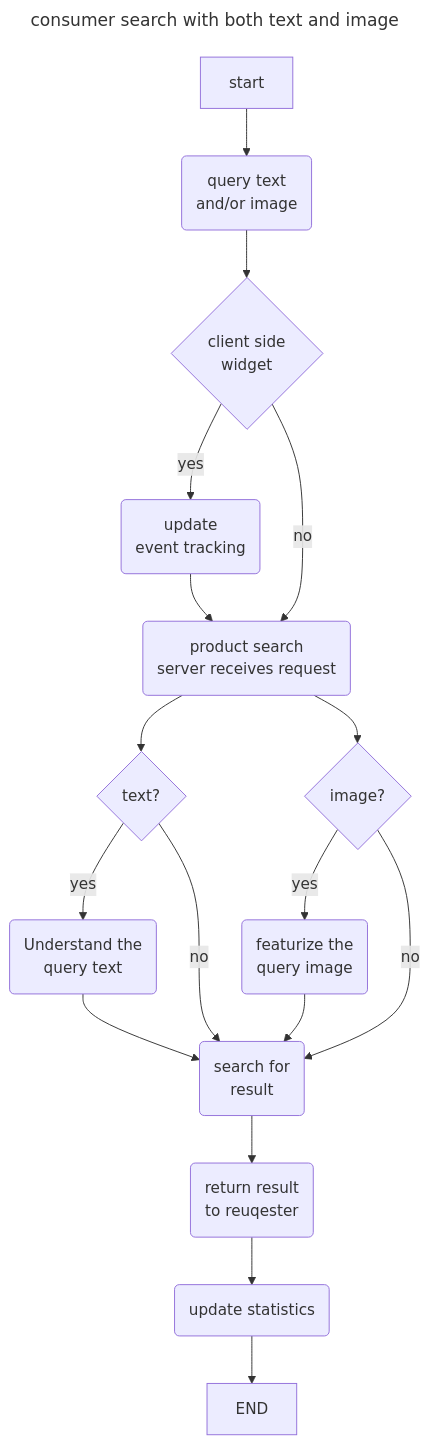
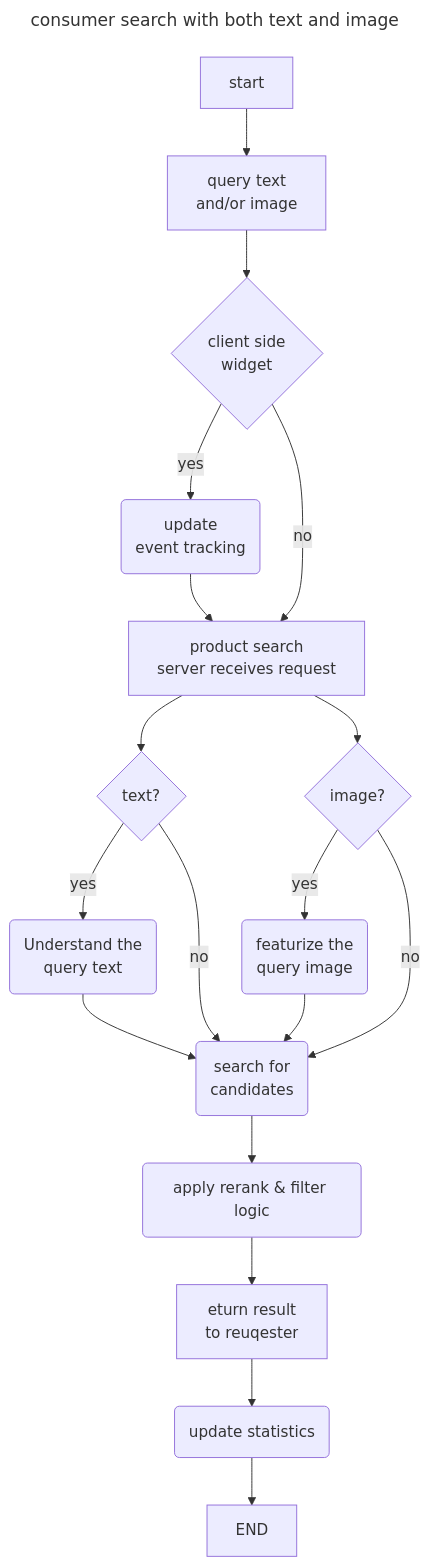
The diagram in Multi-Search_text_and_image.md (zchangvs/diagram), drawn with Mermaid before and after one commit.

Commit message:
Update Multi-Search_text_and_image.md
first draft

````diff
--- a/Multi-Search_text_and_image.md
+++ b/Multi-Search_text_and_image.md
@@ -1,24 +1,25 @@
 ```mermaid
 ---
 title: consumer search with both text and image
 ---
 flowchart TD
-    ST[start] --> A(query text<br>and/or image)
+    ST[start] --> A[query text<br>and/or image]
     A --> B{client side<br>widget}
     B -->|yes| S(update<br>event tracking)
-    B --> |no| C(product search<br>server receives request)
+    B --> |no| C[product search<br>server receives request]
     S --> C
     C --> TQ{text?}
     TQ--> |yes| D1(Understand the<br>query text)
     C --> IQ{image?}
     IQ--> |yes| D2(featurize the<br>query image)
-    D1 --> E(search for<br>result)
-    D2 --> E
-    TQ--> |no| E
-    IQ--> |no| E 
-    E --> F(return result<br>to reuqester)
+    D1 --> E1(search for<br>candidates)
+    D2 --> E1
+    TQ--> |no| E1
+    IQ--> |no| E1 
+    E1 --> E2(apply rerank & filter logic)
+    E2 --> F[eturn result<br>to reuqester]
     F --> G(update statistics)
     G --> END[END] 
 
 
 ```
````
